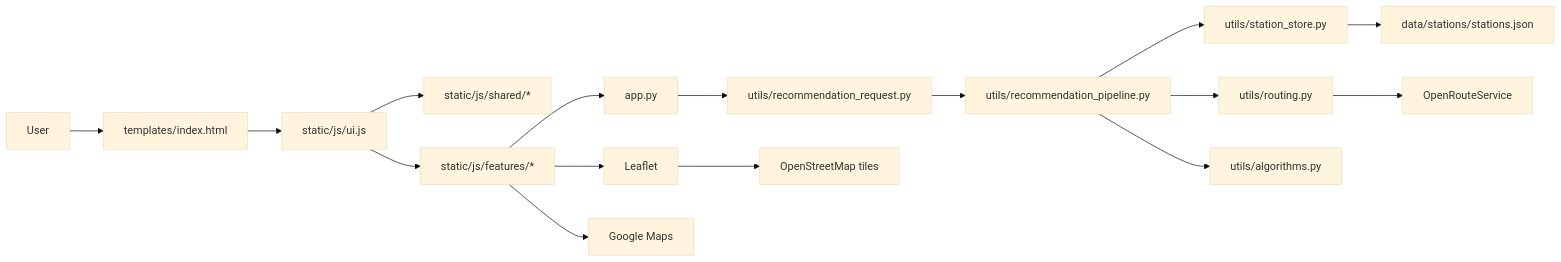
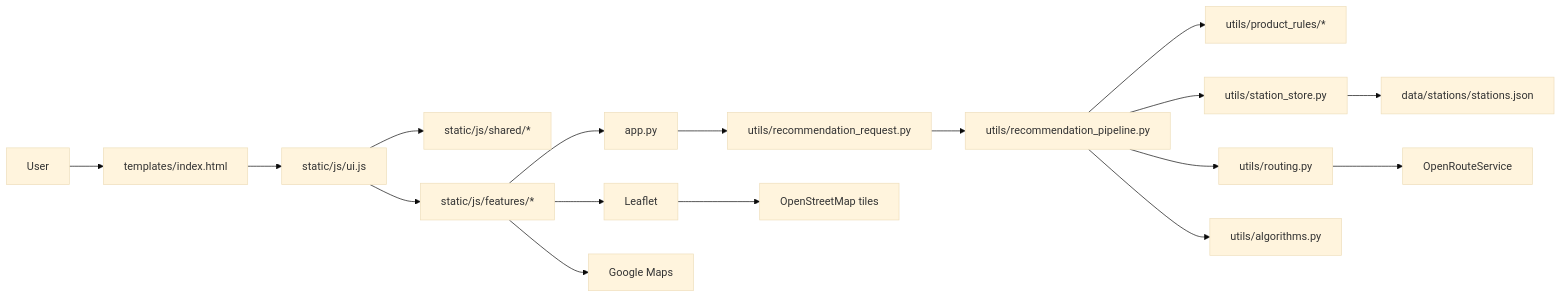
The first of 2 diagrams in README.md (drei-cabal/Opti-Gas), drawn with Mermaid (base theme) before and after one commit. The commit also changed other lines of this file and 53 other files, not shown here.

````diff
--- a/README.md
+++ b/README.md
@@ -36,32 +36,34 @@
 ```mermaid
 flowchart LR
   User[User]
   HTML[templates/index.html]
   UI[static/js/ui.js]
   Shared[static/js/shared/*]
   Features[static/js/features/*]
   Flask[app.py]
   RequestNorm[utils/recommendation_request.py]
   Pipeline[utils/recommendation_pipeline.py]
+  Rules[utils/product_rules/*]
   Store[utils/station_store.py]
   Routing[utils/routing.py]
   Algorithms[utils/algorithms.py]
   StationData[data/stations/stations.json]
   Leaflet[Leaflet]
   GoogleMaps[Google Maps]
   OSM[OpenStreetMap tiles]
   ORS[OpenRouteService]
 
   User --> HTML --> UI
   UI --> Shared
   UI --> Features
   Features --> Flask
 
   Flask --> RequestNorm --> Pipeline
+  Pipeline --> Rules
   Pipeline --> Store --> StationData
   Pipeline --> Routing --> ORS
   Pipeline --> Algorithms
 
   Features --> Leaflet --> OSM
   Features --> GoogleMaps
 ```
````
